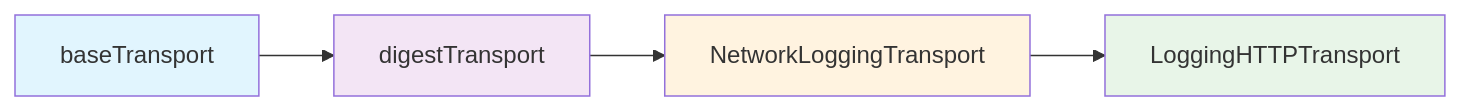
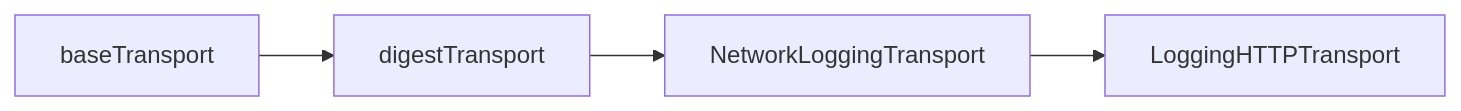
The diagram in contributing/network-logging.md (mongodb/terraform-provider-mongodbatlas), drawn with Mermaid before and after one commit. The commit also changed other lines of this file, not shown here.

````diff
--- a/contributing/network-logging.md
+++ b/contributing/network-logging.md
@@ -63,11 +56,6 @@
 ```mermaid
 flowchart LR
     A[baseTransport] --> B[digestTransport]
     B --> C[NetworkLoggingTransport]
     C --> D[LoggingHTTPTransport]
-    
-    style A fill:#e1f5fe
-    style B fill:#f3e5f5
-    style C fill:#fff3e0
-    style D fill:#e8f5e8
 ```
````
